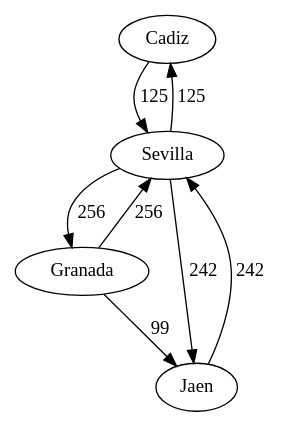
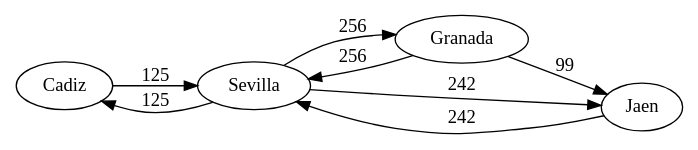
One commit to sajche12/201904490_EDD_Proyecto changed the diagram in grafoDirigido.dot. Above: the diagram before and after it, drawn with Graphviz. The commit also changed 37 other files, not shown here.

Commit message:
Agregando carpeta Graphviz y reporte de lista

```diff
--- a/grafoDirigido.dot
+++ b/grafoDirigido.dot
@@ -1,9 +1,10 @@
 digraph G {
+  rankdir = LR;
     "Cadiz" -> "Sevilla" [label="125"];
     "Sevilla" -> "Cadiz" [label="125"];
     "Sevilla" -> "Granada" [label="256"];
     "Sevilla" -> "Jaen" [label="242"];
     "Granada" -> "Sevilla" [label="256"];
     "Granada" -> "Jaen" [label="99"];
     "Jaen" -> "Sevilla" [label="242"];
 }
```
